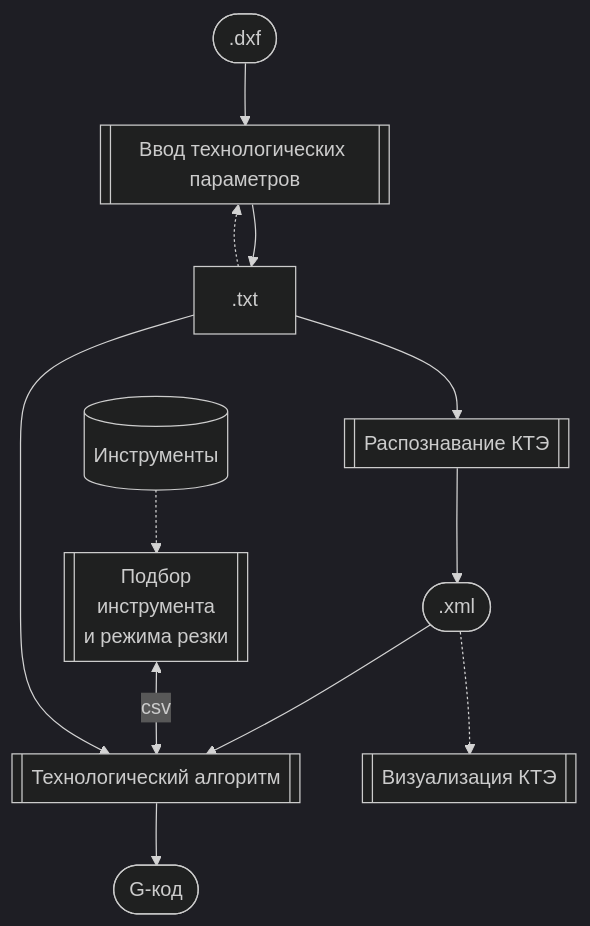
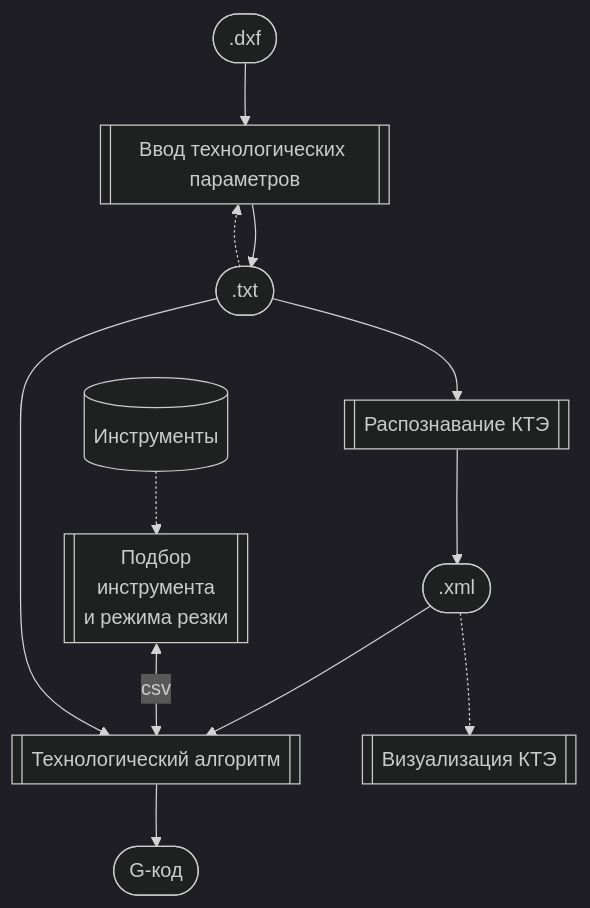
The diagram in doc/readme.md (ukoloff/kte), drawn with Mermaid (dark theme) before and after one commit. The commit also changed other lines of this file, not shown here.

````diff
--- a/doc/readme.md
+++ b/doc/readme.md
@@ -5,23 +5,23 @@
 ```mermaid
 %% VSCode:
 %% bierner.markdown-mermaid
 %% bpruitt-goddard.mermaid-markdown-syntax-highlighting
 
 flowchart TD
 
 DXF([.dxf]) --> S0[[Ввод технологических параметров]]
-S0 --> TXT[.txt]
+S0 --> TXT([.txt])
 TXT --> S1[[Распознавание КТЭ]]
 TXT -.-> S0
 S1 --> XML([.xml])
 XML --> S2[[Технологический алгоритм]]
 XML -.-> V[[Визуализация КТЭ]]
 S2 --> G([G-код])
 DB[[Подбор <br>инструмента <br>и режима резки]] <--csv--> S2
 XLS[(Инструменты)] -.-> DB
 TXT --> S2
 
 click S1 href "rec"
 click S2 href "lathe"
 
 ```
````
